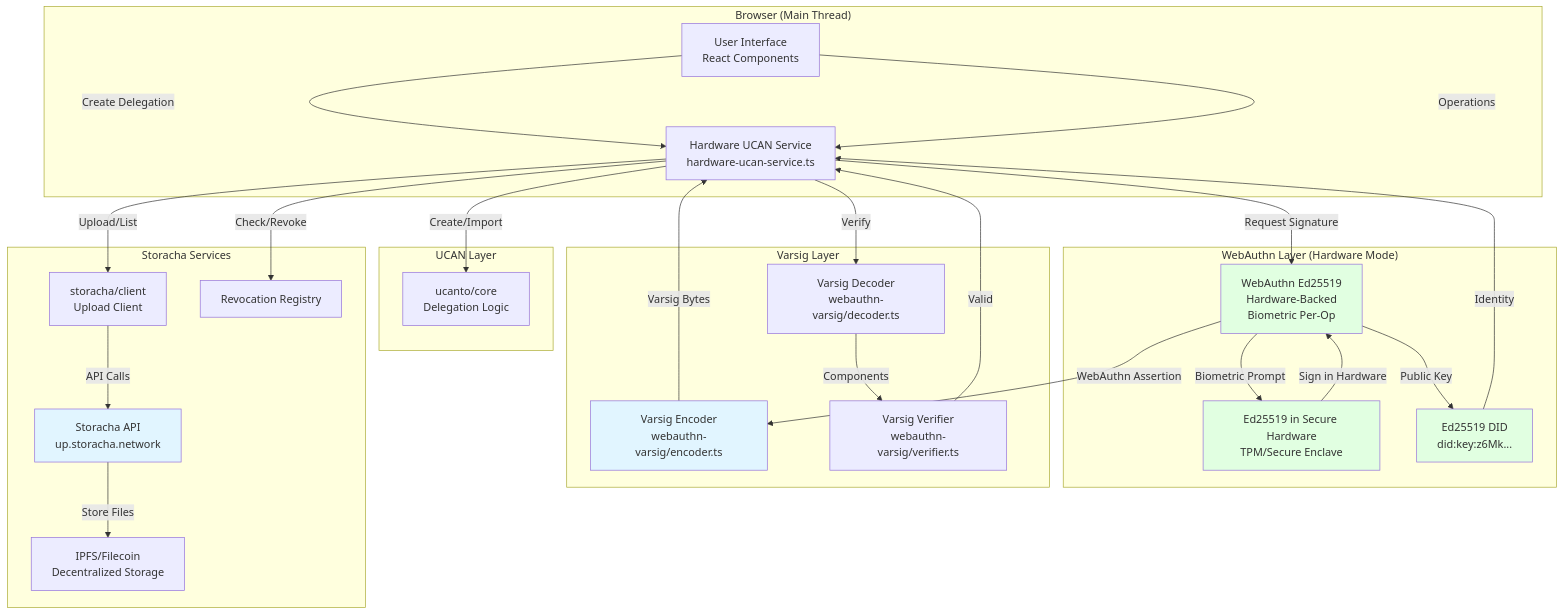
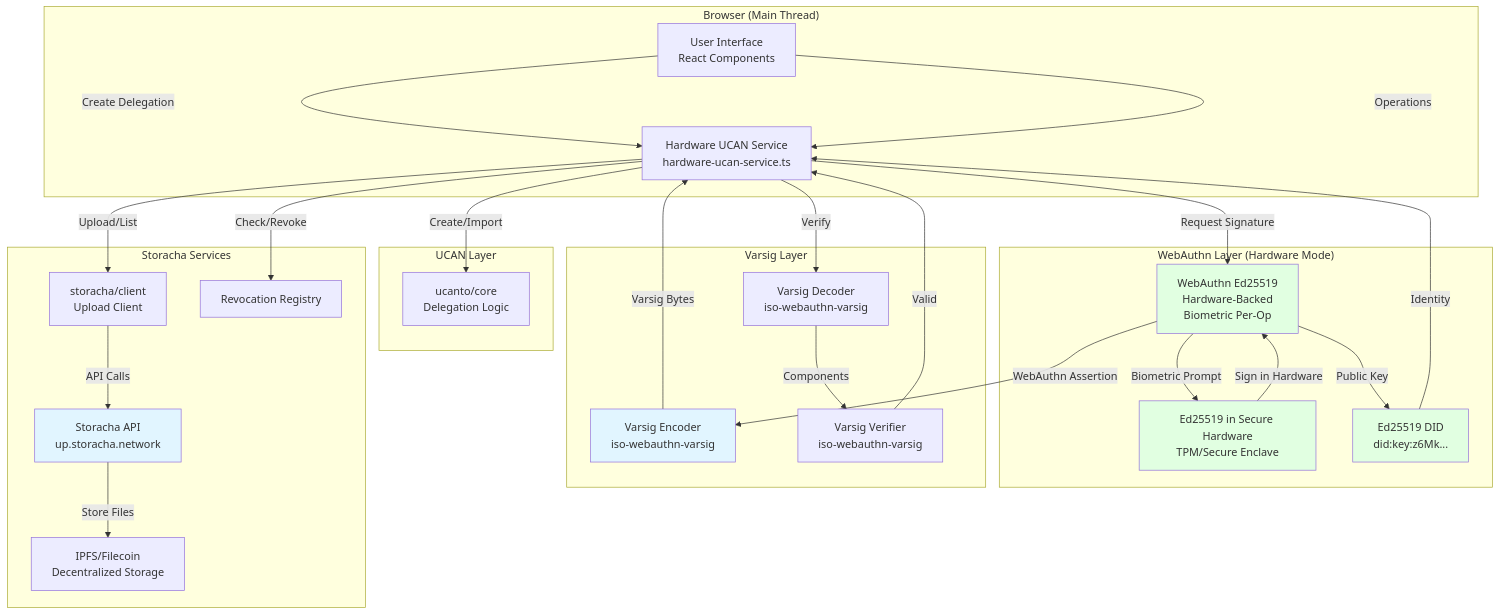
Before and after one commit to NiKrause/ucan-upload-wall: the second of 14 diagrams in docs/ARCHITECTURE_FLOW.md, drawn with Mermaid. The commit also changed other lines of this file and 6 other files, not shown here.

````diff
--- a/docs/ARCHITECTURE_FLOW.md
+++ b/docs/ARCHITECTURE_FLOW.md
@@ -120,59 +121,59 @@
 ```mermaid
 graph TB
     subgraph "Browser (Main Thread)"
         UI[User Interface<br/>React Components]
         HardwareService[Hardware UCAN Service<br/>hardware-ucan-service.ts]
     end
     
     subgraph "WebAuthn Layer (Hardware Mode)"
         PasskeyEd25519[WebAuthn Ed25519<br/>Hardware-Backed<br/>Biometric Per-Op]
         Ed25519Hardware[Ed25519 in Secure Hardware<br/>TPM/Secure Enclave]
         Ed25519DIDHw[Ed25519 DID<br/>did:key:z6Mk...]
     end
     
     subgraph "Varsig Layer"
-        VarsigEncoder[Varsig Encoder<br/>webauthn-varsig/encoder.ts]
-        VarsigDecoder[Varsig Decoder<br/>webauthn-varsig/decoder.ts]
-        VarsigVerifier[Varsig Verifier<br/>webauthn-varsig/verifier.ts]
+        VarsigEncoder[Varsig Encoder<br/>iso-webauthn-varsig]
+        VarsigDecoder[Varsig Decoder<br/>iso-webauthn-varsig]
+        VarsigVerifier[Varsig Verifier<br/>iso-webauthn-varsig]
     end
     
     subgraph "UCAN Layer"
         UcantoCore2[ucanto/core<br/>Delegation Logic]
     end
     
     subgraph "Storacha Services"
         StorachaClient2[storacha/client<br/>Upload Client]
         StorachaAPI2[Storacha API<br/>up.storacha.network]
         RevocationRegistry2[Revocation Registry]
         IPFS2[IPFS/Filecoin<br/>Decentralized Storage]
     end
 
     %% Connections
     UI -->|Create Delegation| HardwareService
     HardwareService -->|Request Signature| PasskeyEd25519
     PasskeyEd25519 -->|Biometric Prompt| Ed25519Hardware
     Ed25519Hardware -->|Sign in Hardware| PasskeyEd25519
     PasskeyEd25519 -->|WebAuthn Assertion| VarsigEncoder
     VarsigEncoder -->|Varsig Bytes| HardwareService
     
     HardwareService -->|Verify| VarsigDecoder
     VarsigDecoder -->|Components| VarsigVerifier
     VarsigVerifier -->|Valid| HardwareService
     
     PasskeyEd25519 -->|Public Key| Ed25519DIDHw
     Ed25519DIDHw -->|Identity| HardwareService
     
     HardwareService -->|Create/Import| UcantoCore2
     HardwareService -->|Upload/List| StorachaClient2
     StorachaClient2 -->|API Calls| StorachaAPI2
     StorachaAPI2 -->|Store Files| IPFS2
     HardwareService -->|Check/Revoke| RevocationRegistry2
     
     UI -->|Operations| HardwareService
 
     style PasskeyEd25519 fill:#e1ffe1
     style Ed25519Hardware fill:#e1ffe1
     style VarsigEncoder fill:#e1f5ff
     style Ed25519DIDHw fill:#e1ffe1
     style StorachaAPI2 fill:#e1f5ff
 ```
````
